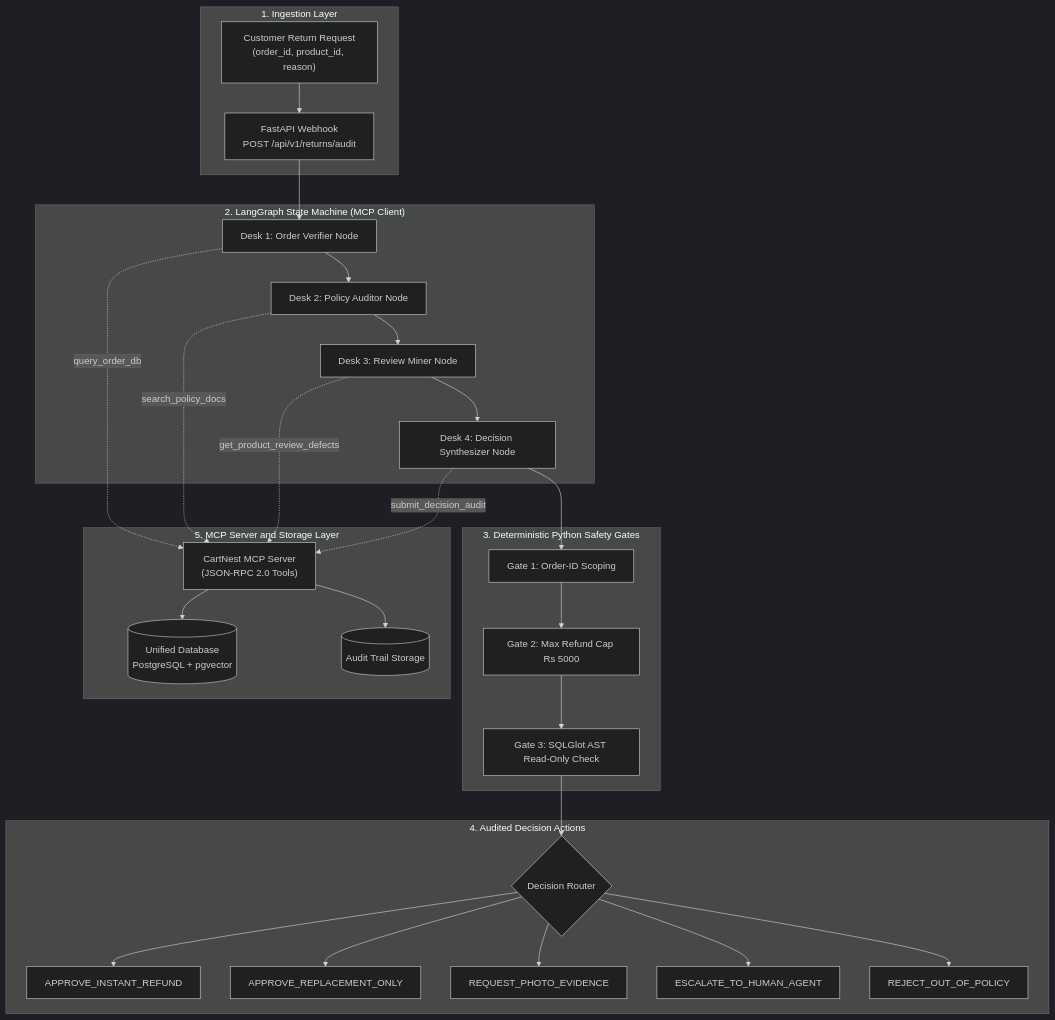
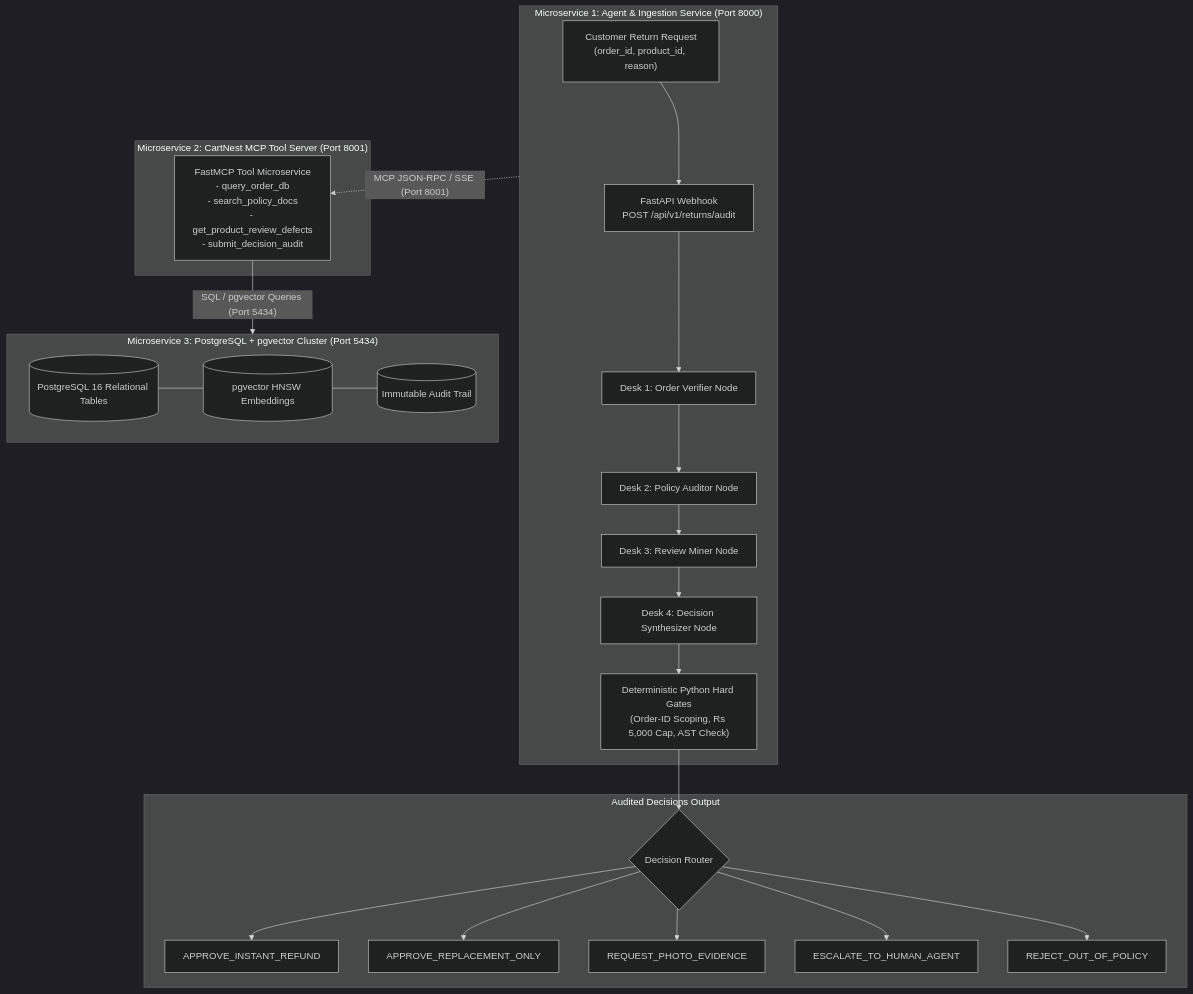
Before and after one commit to goutham-022/autonomous_product_return_review_auditor: the diagram in docs/architecture.md, drawn with Mermaid (dark theme). The commit also changed other lines of this file and 8 other files, not shown here.

````diff
--- a/docs/architecture.md
+++ b/docs/architecture.md
@@ -75,65 +83,57 @@
 ```mermaid
 flowchart TD
-    %% 1. Ingestion Layer
-    subgraph Ingestion["1. Ingestion Layer"]
+    %% Microservice 1
+    subgraph Microservice1["Microservice 1: Agent & Ingestion Service (Port 8000)"]
         Claim["Customer Return Request<br/>(order_id, product_id, reason)"]
         API["FastAPI Webhook<br/>POST /api/v1/returns/audit"]
-        Claim --> API
-    end
-
-    %% 2. LangGraph State Machine
-    subgraph MultiAgent["2. LangGraph State Machine (MCP Client)"]
+        
         Desk1["Desk 1: Order Verifier Node"]
         Desk2["Desk 2: Policy Auditor Node"]
         Desk3["Desk 3: Review Miner Node"]
         Desk4["Desk 4: Decision Synthesizer Node"]
+        
+        SafetyGates["Deterministic Python Hard Gates<br/>(Order-ID Scoping, Rs 5,000 Cap, AST Check)"]
 
+        Claim --> API
+        API --> Desk1
         Desk1 --> Desk2
         Desk2 --> Desk3
         Desk3 --> Desk4
+        Desk4 --> SafetyGates
     end
 
-    %% 3. Safety Gates
-    subgraph SafetyGates["3. Deterministic Python Safety Gates"]
-        Gate1["Gate 1: Order-ID Scoping"]
-        Gate2["Gate 2: Max Refund Cap Rs 5000"]
-        Gate3["Gate 3: SQLGlot AST Read-Only Check"]
-        Gate1 --> Gate2 --> Gate3
+    %% Microservice 2
+    subgraph Microservice2["Microservice 2: CartNest MCP Tool Server (Port 8001)"]
+        MCPServer["FastMCP Tool Microservice<br/>- query_order_db<br/>- search_policy_docs<br/>- get_product_review_defects<br/>- submit_decision_audit"]
     end
 
-    %% 4. Decisions
-    subgraph Decisions["4. Audited Decision Actions"]
+    %% Microservice 3
+    subgraph Microservice3["Microservice 3: PostgreSQL + pgvector Cluster (Port 5434)"]
+        SQLDB[("PostgreSQL 16 Relational Tables")]
+        VectorDB[("pgvector HNSW Embeddings")]
+        AuditDB[("Immutable Audit Trail")]
+
+        SQLDB --- VectorDB --- AuditDB
+    end
+
+    %% Decisions
+    subgraph Decisions["Audited Decisions Output"]
         DecisionTree{"Decision Router"}
         D1["APPROVE_INSTANT_REFUND"]
         D2["APPROVE_REPLACEMENT_ONLY"]
         D3["REQUEST_PHOTO_EVIDENCE"]
         D4["ESCALATE_TO_HUMAN_AGENT"]
         D5["REJECT_OUT_OF_POLICY"]
 
+        SafetyGates --> DecisionTree
         DecisionTree --> D1
         DecisionTree --> D2
         DecisionTree --> D3
         DecisionTree --> D4
         DecisionTree --> D5
     end
 
-    %% 5. MCP Server and Storage
-    subgraph Tooling["5. MCP Server and Storage Layer"]
-        MCPServer["CartNest MCP Server<br/>(JSON-RPC 2.0 Tools)"]
-        PostgresDB[("Unified Database<br/>PostgreSQL + pgvector")]
-        AuditDB[("Audit Trail Storage")]
-
-        MCPServer --> PostgresDB
-        MCPServer --> AuditDB
-    end
-
-    %% Node to Node Connections
-    API --> Desk1
-    Desk4 --> Gate1
-    Gate3 --> DecisionTree
-
-    Desk1 -.->|"query_order_db"| MCPServer
-    Desk2 -.->|"search_policy_docs"| MCPServer
-    Desk3 -.->|"get_product_review_defects"| MCPServer
-    Desk4 -.->|"submit_decision_audit"| MCPServer
+    %% Inter-service networking
+    Microservice1 -.->|"MCP JSON-RPC / SSE (Port 8001)"| MCPServer
+    MCPServer -->|"SQL / pgvector Queries (Port 5434)"| Microservice3
 ```
````
